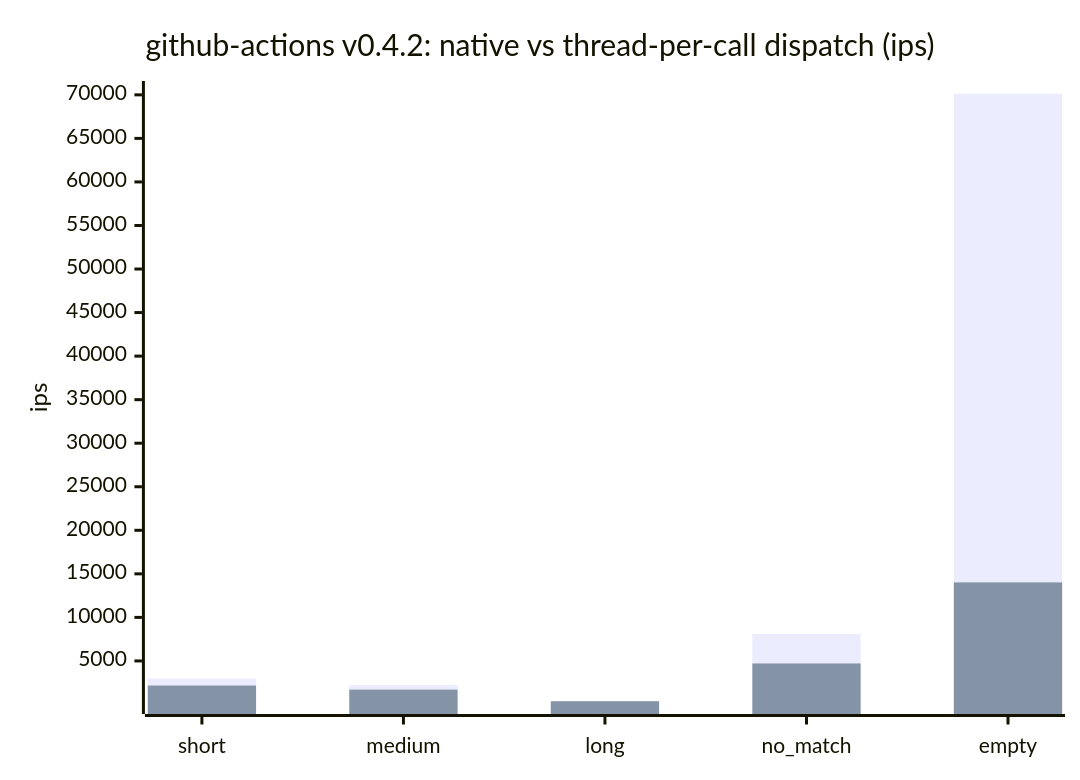
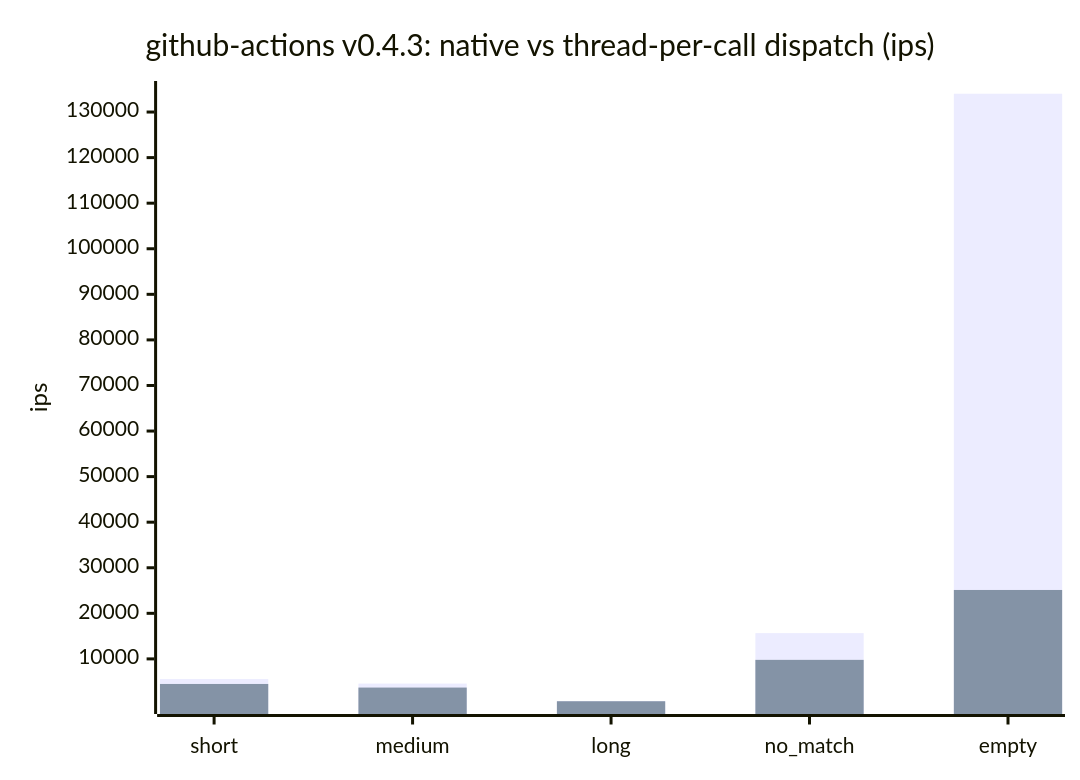
Before and after one commit to cpb/duckling: the first of 7 diagrams in docs/benchmarks/README.md, drawn with Mermaid. The commit also changed other lines of this file and 1 other file, not shown here.

Commit message:
Record github-actions benchmark results for 0.4.3

````diff
--- a/docs/benchmarks/README.md
+++ b/docs/benchmarks/README.md
@@ -54,8 +54,8 @@
 ```mermaid
 xychart-beta
-    title "github-actions v0.4.2: native vs thread-per-call dispatch (ips)"
+    title "github-actions v0.4.3: native vs thread-per-call dispatch (ips)"
     x-axis [short, medium, long, no_match, empty]
     y-axis "ips"
-    bar "native" [2981.4, 2242.5, 399.8, 8089.8, 70125.3]
-    bar "thread-per-call" [2177.5, 1707.1, 371.9, 4709.8, 14018.5]
+    bar "native" [5572.2, 4580.8, 751.4, 15650.0, 134015.1]
+    bar "thread-per-call" [4499.5, 3708.8, 705.3, 9788.3, 25125.7]
 ```
````
